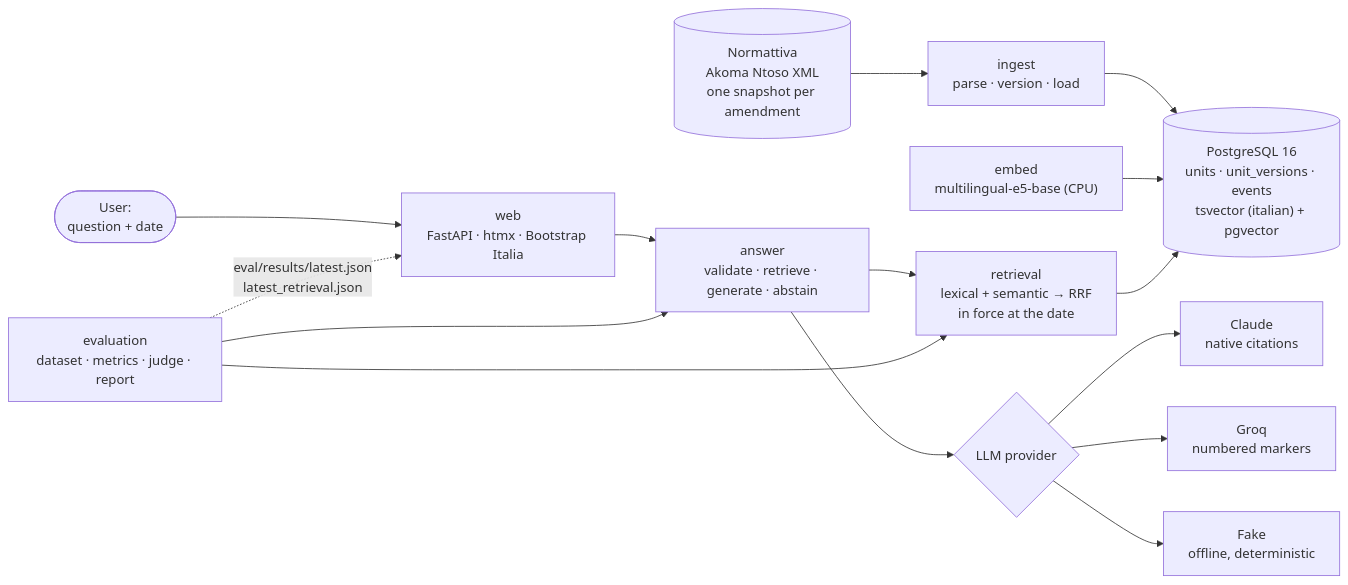
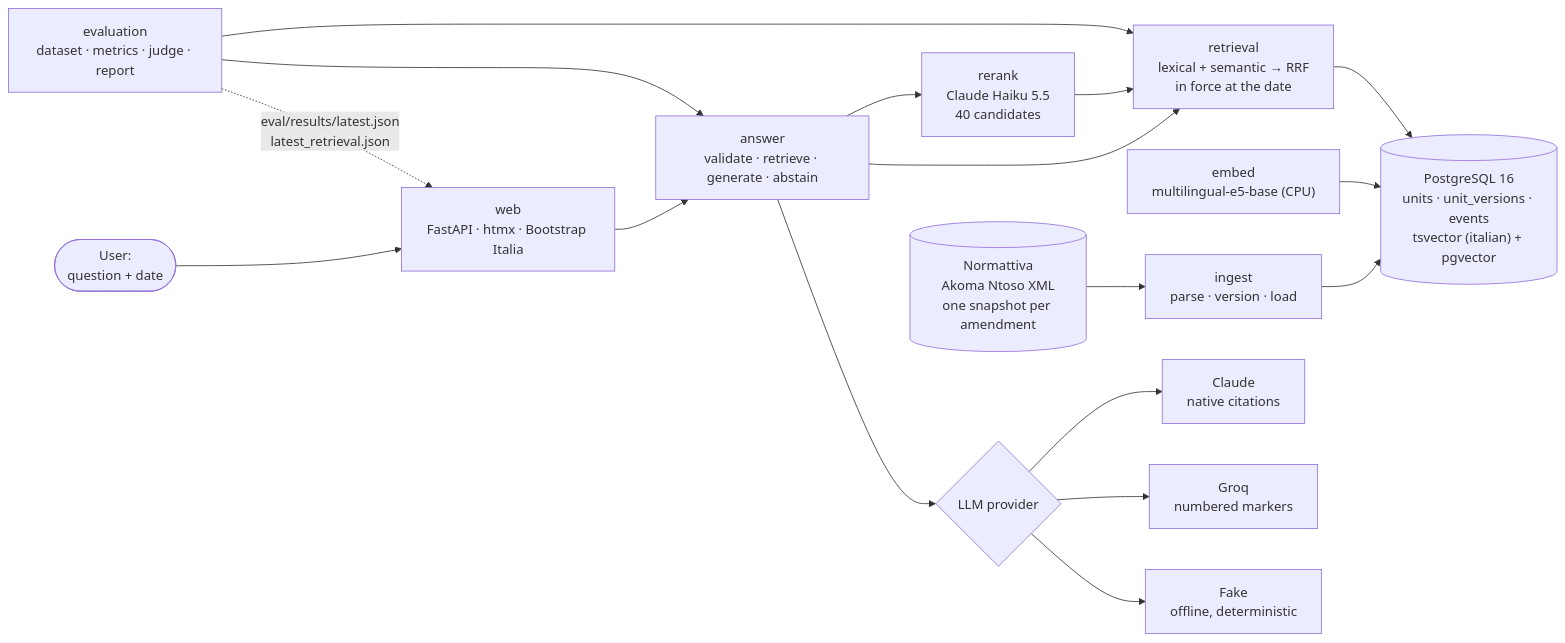
Before and after one commit to skiokk/codice-appalti-qa: the diagram in README.md, drawn with Mermaid. The commit also changed other lines of this file and 31 other files, not shown here.

````diff
--- a/README.md
+++ b/README.md
@@ -54,17 +58,19 @@
 ```mermaid
 flowchart LR
     N[("Normattiva<br/>Akoma Ntoso XML<br/>one snapshot per amendment")] --> I["ingest<br/>parse · version · load"]
     I --> DB[("PostgreSQL 16<br/>units · unit_versions · events<br/>tsvector (italian) + pgvector")]
     E["embed<br/>multilingual-e5-base (CPU)"] --> DB
     U(["User:<br/>question + date"]) --> W["web<br/>FastAPI · htmx · Bootstrap Italia"]
     W --> A["answer<br/>validate · retrieve · generate · abstain"]
     A --> R["retrieval<br/>lexical + semantic → RRF<br/>in force at the date"]
+    A --> K["rerank<br/>Claude Haiku 5.5<br/>40 candidates"]
+    K --> R
     R --> DB
     A --> L{"LLM provider"}
     L --> C["Claude<br/>native citations"]
     L --> G["Groq<br/>numbered markers"]
     L --> F["Fake<br/>offline, deterministic"]
     V["evaluation<br/>dataset · metrics · judge · report"] --> A
     V --> R
     V -. "eval/results/latest.json<br/>latest_retrieval.json" .-> W
 ```
````
